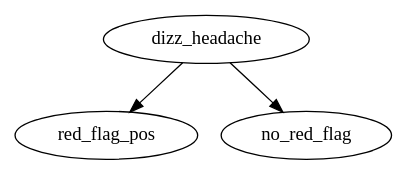
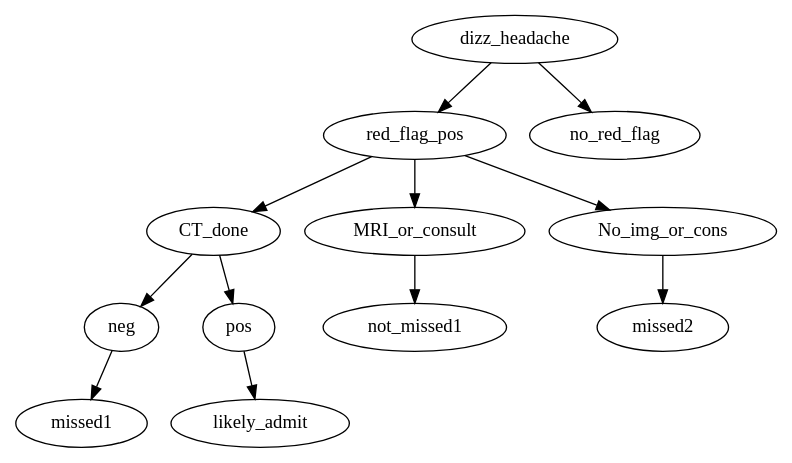
One commit to zimolzak/opportunity-graph changed the diagram in missed-opportunity.dot. Above: the diagram before and after it, drawn with Graphviz.

Commit message:
Complete the right branch of graph

```diff
--- a/missed-opportunity.dot
+++ b/missed-opportunity.dot
@@ -1,6 +1,12 @@
 digraph{
 
 dizz_headache -> red_flag_pos
 dizz_headache -> no_red_flag
 
+red_flag_pos -> CT_done
+CT_done -> neg -> missed1
+CT_done -> pos -> likely_admit
+red_flag_pos -> MRI_or_consult -> not_missed1
+red_flag_pos -> No_img_or_cons -> missed2
+
 }
```
